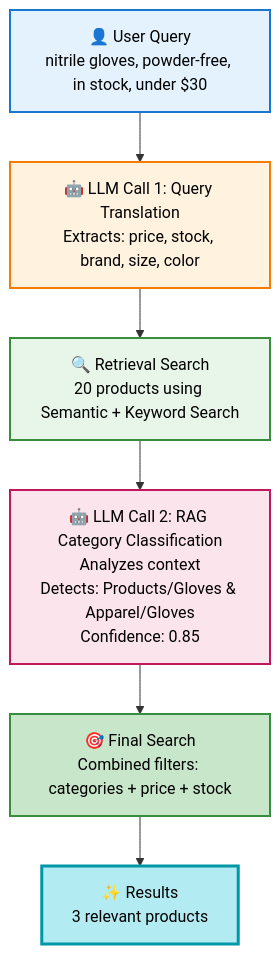
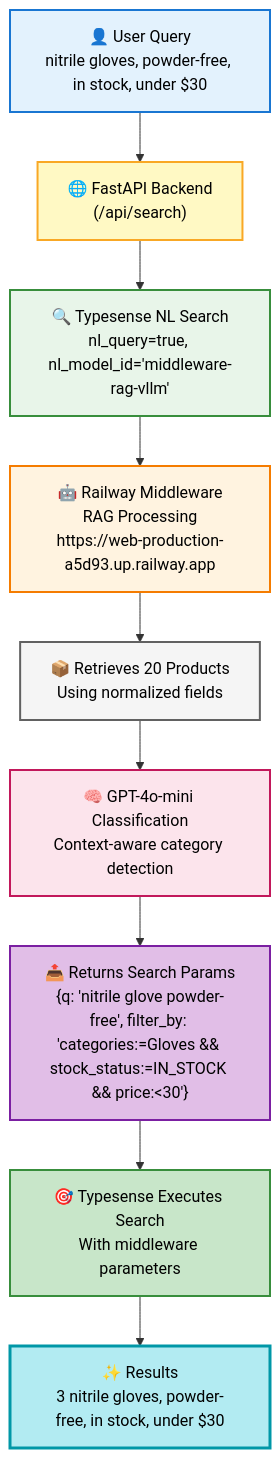
Before and after one commit to Bens-Organization/mercedes-nl-search: the diagram in README.md, drawn with Mermaid. The commit also changed other lines of this file and 1 other file, not shown here.

First line of the commit message:
docs: update README for v2.3.0 with Typesense NL and RAG middleware details

````diff
--- a/README.md
+++ b/README.md
@@ -40,22 +43,31 @@
 ```mermaid
 flowchart TB
     A["👤 User Query<br/>nitrile gloves, powder-free, in stock, under $30"]
-    B["🤖 LLM Call 1: Query Translation<br/>Extracts: price, stock, brand, size, color"]
-    C["🔍 Retrieval Search<br/>20 products using Semantic + Keyword Search"]
-    D["🤖 LLM Call 2: RAG Category Classification<br/>Analyzes context<br/>Detects: Products/Gloves & Apparel/Gloves<br/>Confidence: 0.85"]
-    E["🎯 Final Search<br/>Combined filters: categories + price + stock"]
-    F["✨ Results<br/>3 relevant products"]
+    B["🌐 FastAPI Backend<br/>(/api/search)"]
+    C["🔍 Typesense NL Search<br/>nl_query=true, nl_model_id='middleware-rag-vllm'"]
+    D["🤖 Railway Middleware<br/>RAG Processing<br/>https://web-production-a5d93.up.railway.app"]
+    E["📦 Retrieves 20 Products<br/>Using normalized fields"]
+    F["🧠 GPT-4o-mini Classification<br/>Context-aware category detection"]
+    G["📤 Returns Search Params<br/>{q: 'nitrile glove powder-free', filter_by: 'categories:=Gloves && stock_status:=IN_STOCK && price:<30'}"]
+    H["🎯 Typesense Executes Search<br/>With middleware parameters"]
+    I["✨ Results<br/>3 nitrile gloves, powder-free, in stock, under $30"]
 
     A --> B
     B --> C
     C --> D
     D --> E
     E --> F
+    F --> G
+    G --> H
+    H --> I
 
     style A fill:#e3f2fd,stroke:#1976d2,stroke-width:2px,color:#000
-    style B fill:#fff3e0,stroke:#f57c00,stroke-width:2px,color:#000
+    style B fill:#fff9c4,stroke:#f9a825,stroke-width:2px,color:#000
     style C fill:#e8f5e9,stroke:#388e3c,stroke-width:2px,color:#000
-    style D fill:#fce4ec,stroke:#c2185b,stroke-width:2px,color:#000
-    style E fill:#c8e6c9,stroke:#388e3c,stroke-width:2px,color:#000
-    style F fill:#b2ebf2,stroke:#0097a7,stroke-width:3px,color:#000
+    style D fill:#fff3e0,stroke:#f57c00,stroke-width:2px,color:#000
+    style E fill:#f5f5f5,stroke:#616161,stroke-width:2px,color:#000
+    style F fill:#fce4ec,stroke:#c2185b,stroke-width:2px,color:#000
+    style G fill:#e1bee7,stroke:#7b1fa2,stroke-width:2px,color:#000
+    style H fill:#c8e6c9,stroke:#388e3c,stroke-width:2px,color:#000
+    style I fill:#b2ebf2,stroke:#0097a7,stroke-width:3px,color:#000
 ```
````
